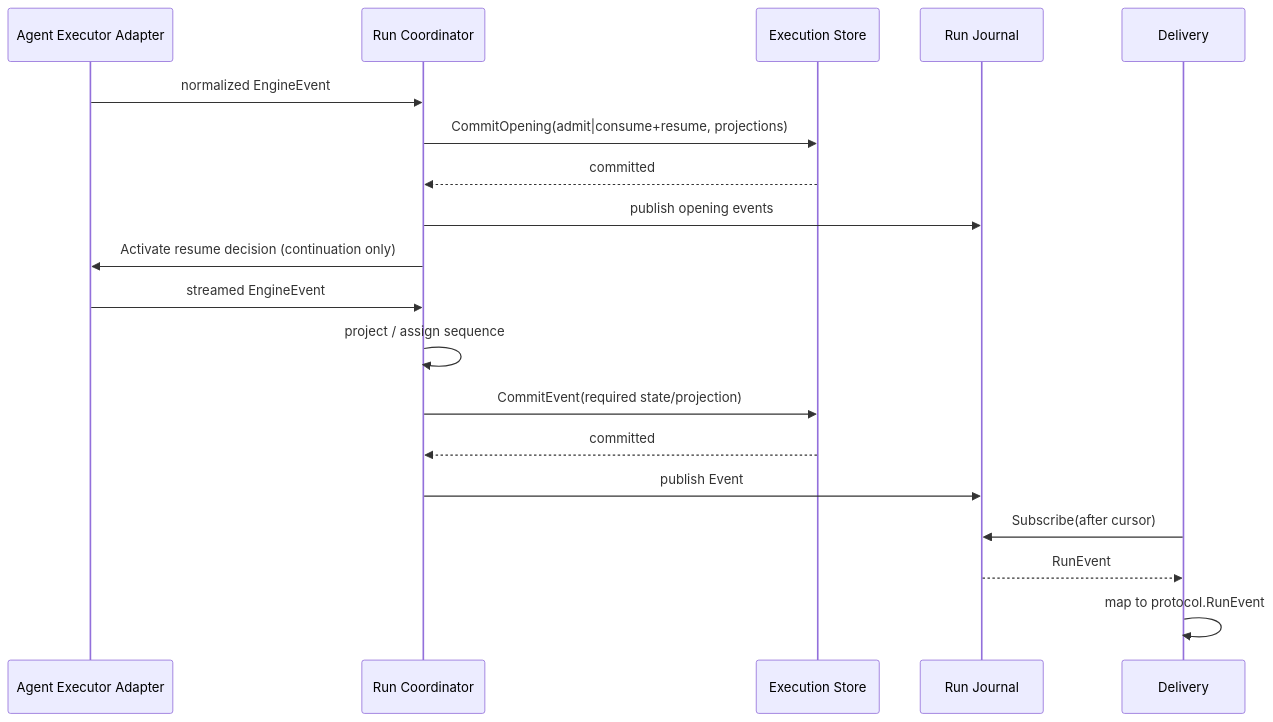
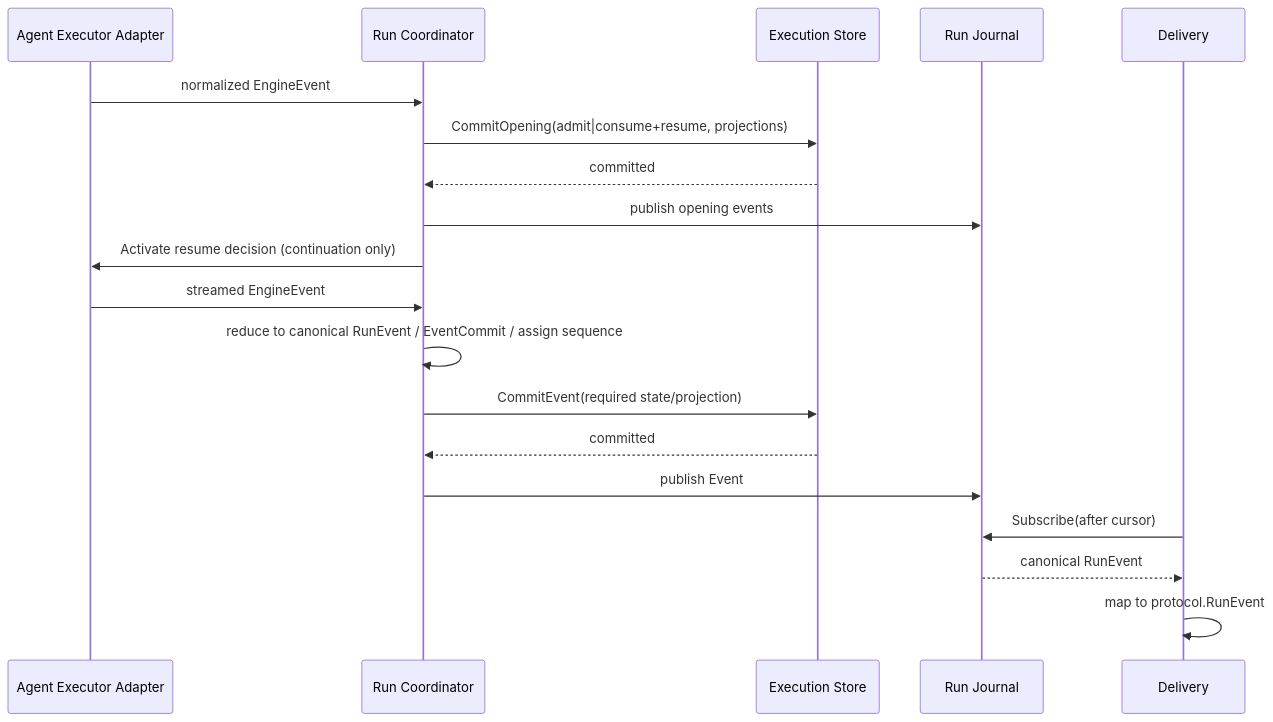
Before and after one commit to Tangerg/lynx: the third of 3 diagrams in app/runtime/doc/EXECUTION_CENTERED_ARCHITECTURE.md, drawn with Mermaid. The commit also changed other lines of this file and 1 other file, not shown here.

First line of the commit message:
docs(runtime): close architecture convergence plan

````diff
--- a/app/runtime/doc/EXECUTION_CENTERED_ARCHITECTURE.md
+++ b/app/runtime/doc/EXECUTION_CENTERED_ARCHITECTURE.md
@@ -522,22 +534,22 @@
 ```mermaid
 sequenceDiagram
     participant E as Agent Executor Adapter
     participant R as Run Coordinator
     participant S as Execution Store
     participant J as Run Journal
     participant D as Delivery
 
     E->>R: normalized EngineEvent
     R->>S: CommitOpening(admit|consume+resume, projections)
     S-->>R: committed
     R->>J: publish opening events
     R->>E: Activate resume decision (continuation only)
     E->>R: streamed EngineEvent
-    R->>R: project / assign sequence
+    R->>R: reduce to canonical RunEvent / EventCommit / assign sequence
     R->>S: CommitEvent(required state/projection)
     S-->>R: committed
     R->>J: publish Event
     D->>J: Subscribe(after cursor)
-    J-->>D: RunEvent
+    J-->>D: canonical RunEvent
     D->>D: map to protocol.RunEvent
 ```
````
